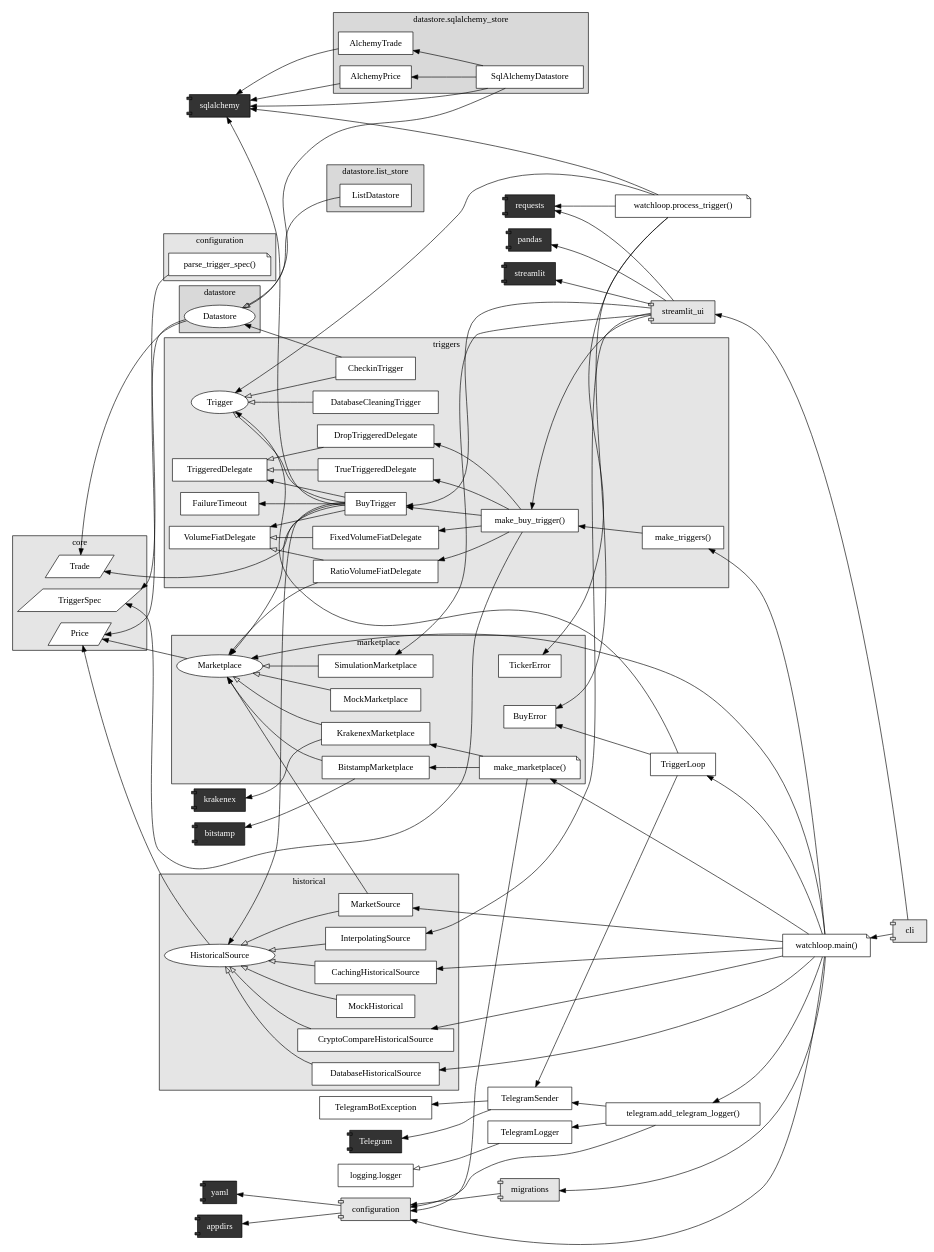
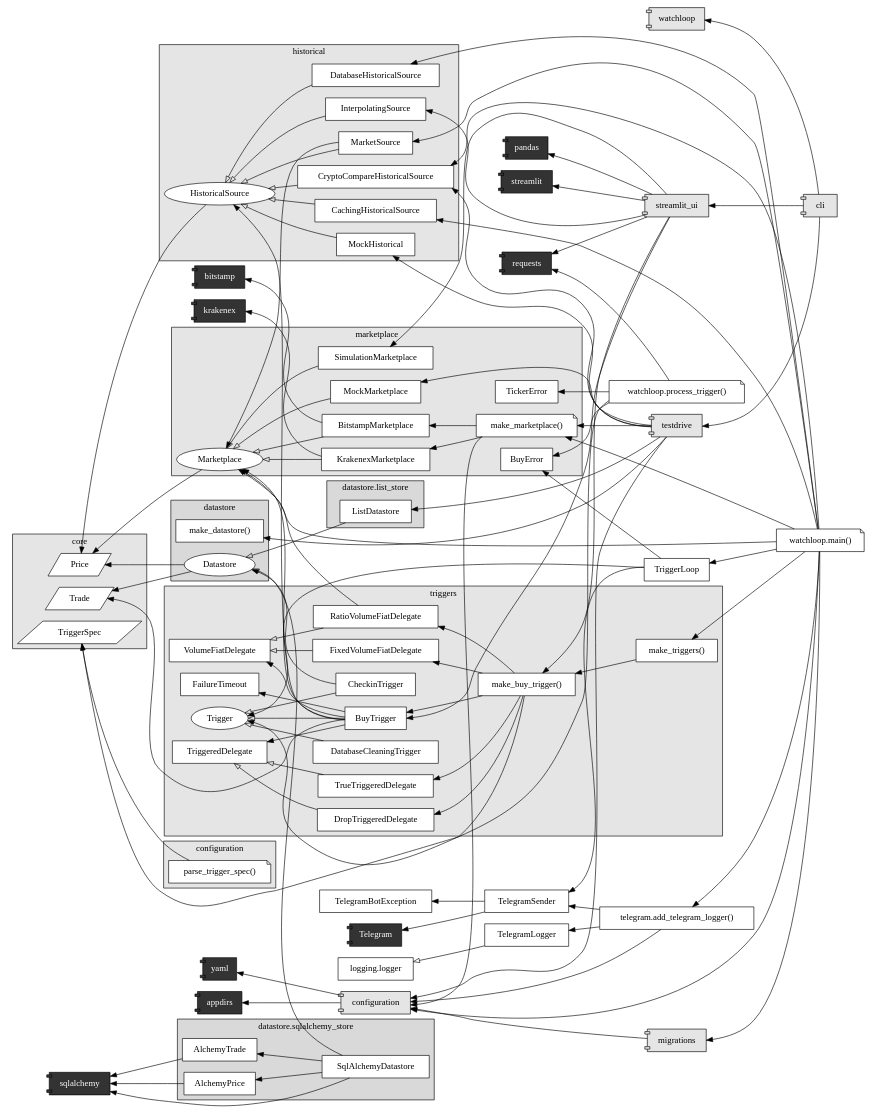
The diagram in docs/dev/graphs/architecture.dot (martin-ueding/vigilant-crypto-snatch), drawn with Graphviz before and after one commit.

Commit message:
Update graph

```diff
--- a/docs/dev/graphs/architecture.dot
+++ b/docs/dev/graphs/architecture.dot
@@ -52,6 +52,7 @@
 fillcolor = gray85
 style=filled
 "Datastore" [shape=ellipse]
+"make_datastore()" [shape=box]
 }
 
 subgraph cluster_datastore_sqlalchemy_store {
@@ -135,6 +136,8 @@
 "configuration"
 "cli"
 "migrations"
+"testdrive"
+"watchloop"
 }
 
 
@@ -145,6 +148,13 @@
 }
 
 
+"testdrive" -> "configuration"
+"testdrive" -> "make_marketplace()"
+"testdrive" -> "make_datastore()"
+"testdrive" -> "CryptoCompareHistoricalSource"
+"testdrive" -> "ListDatastore"
+"testdrive" -> "MockMarketplace"
+"testdrive" -> "MockHistorical"
 
 "parse_trigger_spec()" -> "TriggerSpec"
 "AlchemyPrice" -> "sqlalchemy"
@@ -154,7 +164,6 @@
 "BuyTrigger" -> "FailureTimeout"
 "BuyTrigger" -> "HistoricalSource"
 "BuyTrigger" -> "Marketplace"
-"BuyTrigger" -> "sqlalchemy"
 "BuyTrigger" -> "Trade"
 "BuyTrigger" -> "Trigger" [arrowhead=onormal]
 "BuyTrigger" -> "TriggeredDelegate"
@@ -163,7 +172,8 @@
 "CheckinTrigger" -> "Datastore"
 "CheckinTrigger" -> "Trigger" [arrowhead=onormal]
 "cli" -> "streamlit_ui"
-"cli" -> "watchloop.main()"
+"cli" -> "watchloop"
+"cli" -> "testdrive"
 "configuration" -> "appdirs"
 "configuration" -> "yaml"
 "CryptoCompareHistoricalSource" -> "HistoricalSource" [arrowhead=onormal]
@@ -231,7 +241,6 @@
 "watchloop.main()" -> "TriggerLoop"
 "watchloop.process_trigger()" -> "BuyError"
 "watchloop.process_trigger()" -> "requests"
-"watchloop.process_trigger()" -> "sqlalchemy"
 "watchloop.process_trigger()" -> "TickerError"
 "watchloop.process_trigger()" -> "Trigger"
 
```
